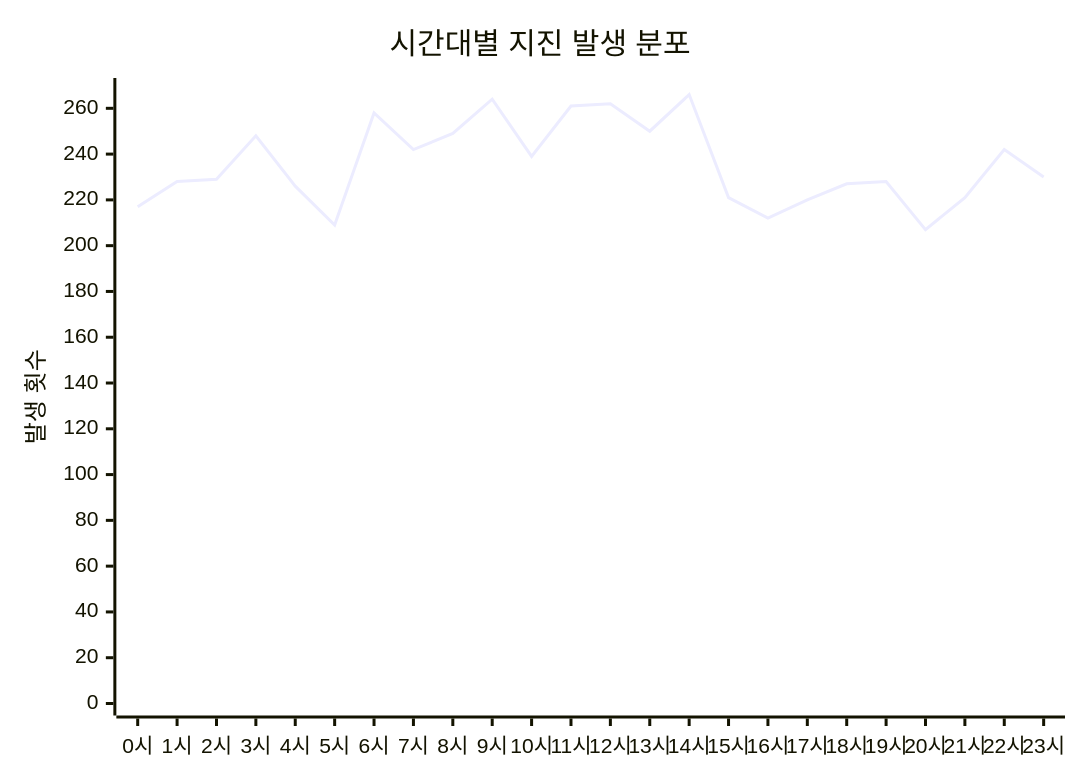
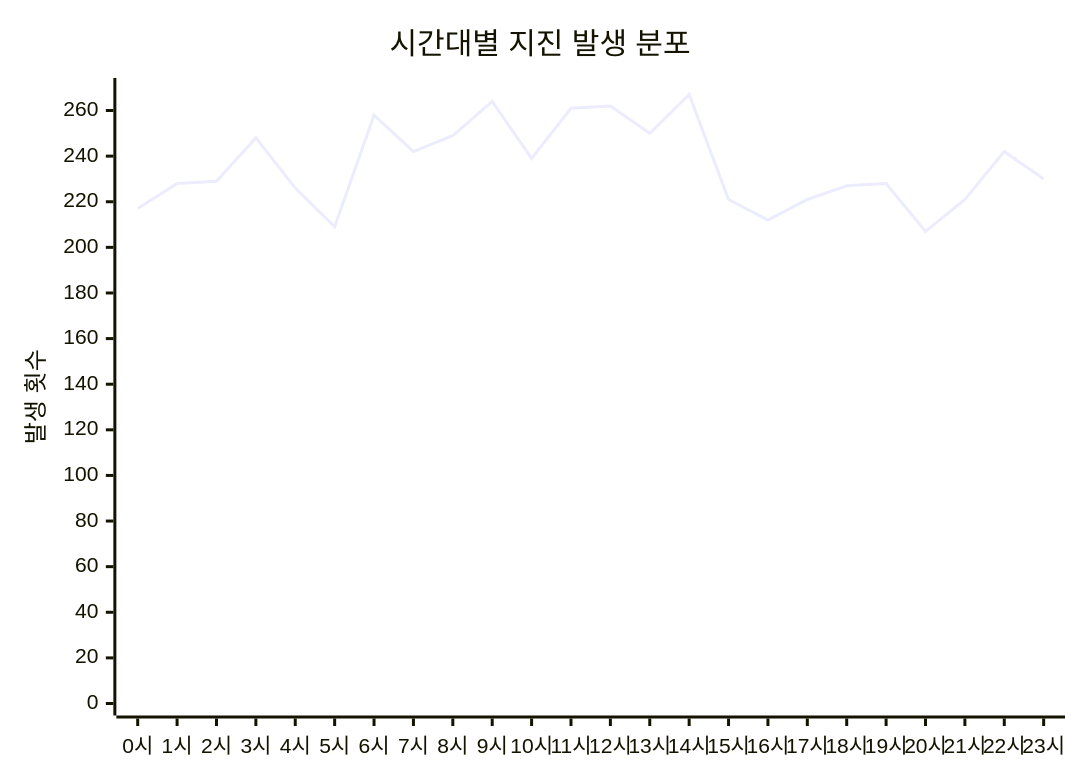
Before and after one commit to serendip811/japan-eq: the diagram in charts/time-chart.md, drawn with Mermaid. The commit also changed other lines of this file and 6 other files, not shown here.

Commit message:
Update earthquake data and charts Wed Oct 21 17:52:44 UTC 2026

````diff
--- a/charts/time-chart.md
+++ b/charts/time-chart.md
@@ -3,7 +3,7 @@
 ```mermaid
 xychart-beta
     title "시간대별 지진 발생 분포"
     x-axis ["0시", "1시", "2시", "3시", "4시", "5시", "6시", "7시", "8시", "9시", "10시", "11시", "12시", "13시", "14시", "15시", "16시", "17시", "18시", "19시", "20시", "21시", "22시", "23시"]
-    y-axis "발생 횟수" 0 --> 268
-    line [217, 228, 229, 248, 226, 209, 258, 242, 249, 264, 239, 261, 262, 250, 266, 221, 212, 220, 227, 228, 207, 221, 242, 230]
+    y-axis "발생 횟수" 0 --> 269
+    line [217, 228, 229, 248, 226, 209, 258, 242, 249, 264, 239, 261, 262, 250, 267, 221, 212, 221, 227, 228, 207, 221, 242, 230]
 ```
````
